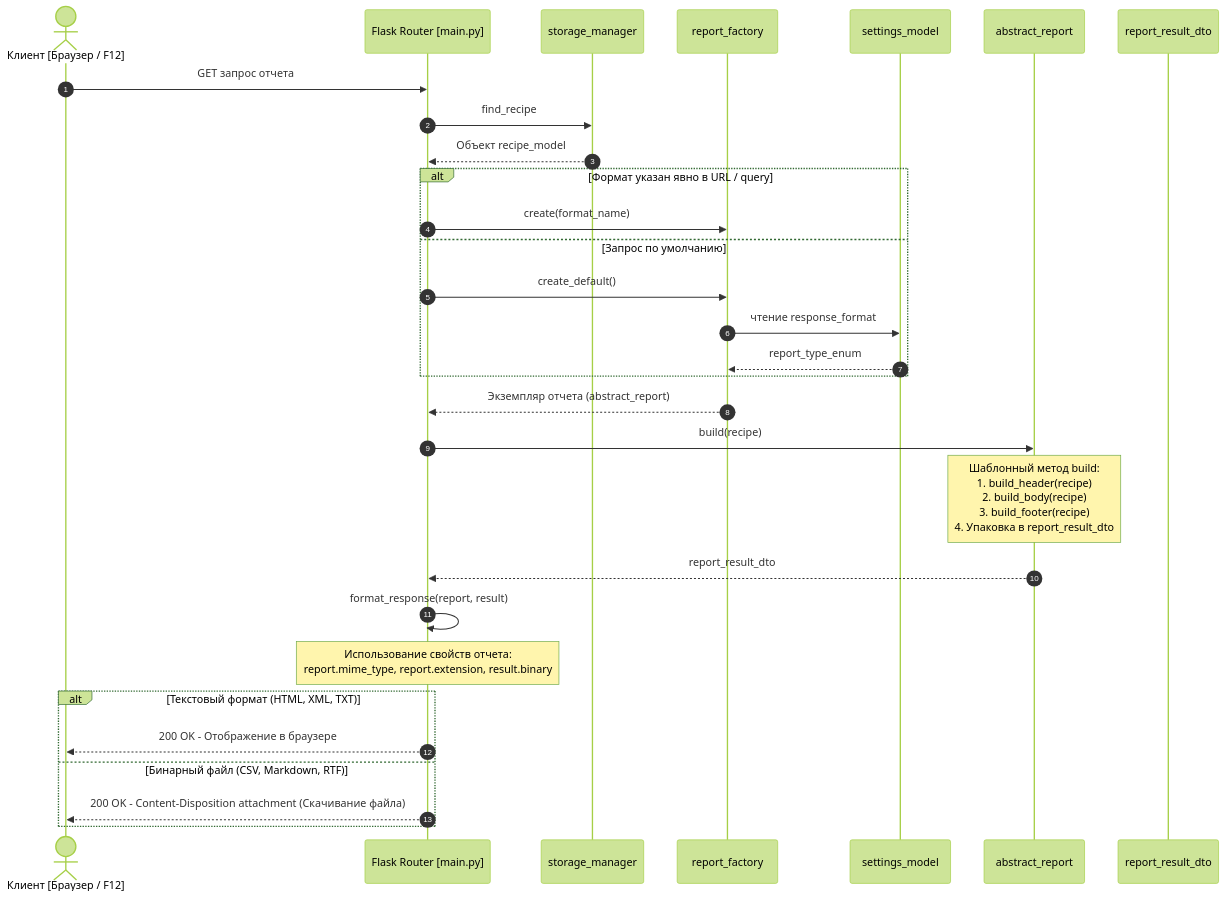
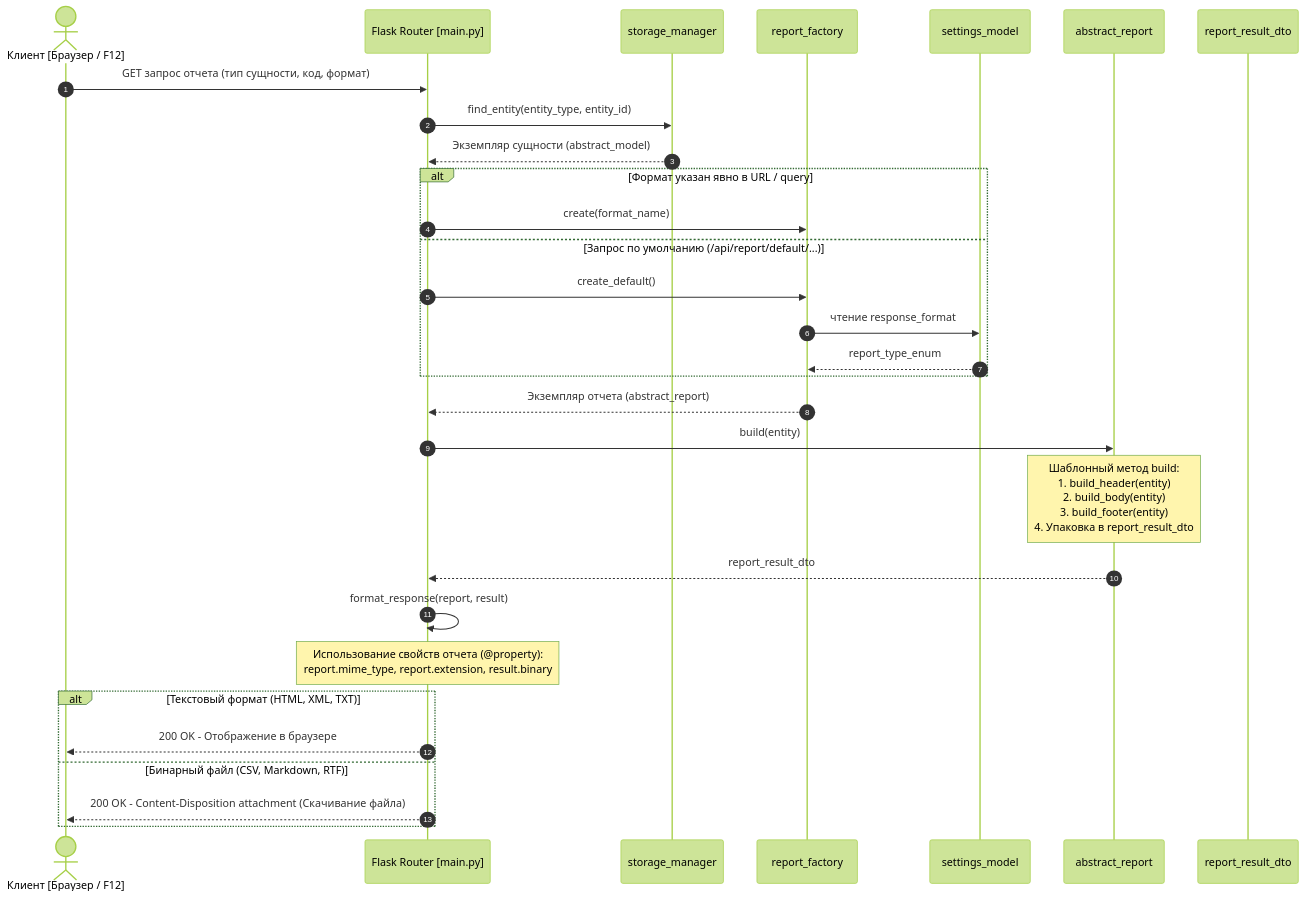
One commit to Turik06/Patterns_Suleymanov changed the second of 2 diagrams in Docs/ReportFactory.md. Above: the diagram before and after it, drawn with Mermaid (forest theme). The commit also changed other lines of this file and 11 other files, not shown here.

Commit message:
implement universal entity reporting, property-based report attributes, and extended API endpoints

````diff
--- a/Docs/ReportFactory.md
+++ b/Docs/ReportFactory.md
@@ -119,38 +141,38 @@
 ```mermaid
 sequenceDiagram
     autonumber
     actor User as Клиент [Браузер / F12]
     participant Flask as Flask Router [main.py]
     participant Storage as storage_manager
     participant Factory as report_factory
     participant Settings as settings_model
     participant Report as abstract_report
     participant Result as report_result_dto
 
-    User->>Flask: GET запрос отчета
-    Flask->>Storage: find_recipe
-    Storage-->>Flask: Объект recipe_model
+    User->>Flask: GET запрос отчета (тип сущности, код, формат)
+    Flask->>Storage: find_entity(entity_type, entity_id)
+    Storage-->>Flask: Экземпляр сущности (abstract_model)
 
     alt Формат указан явно в URL / query
         Flask->>Factory: create(format_name)
-    else Запрос по умолчанию
+    else Запрос по умолчанию (/api/report/default/...)
         Flask->>Factory: create_default()
         Factory->>Settings: чтение response_format
         Settings-->>Factory: report_type_enum
     end
 
     Factory-->>Flask: Экземпляр отчета (abstract_report)
 
-    Flask->>Report: build(recipe)
-    Note over Report: Шаблонный метод build:<br/>1. build_header(recipe)<br/>2. build_body(recipe)<br/>3. build_footer(recipe)<br/>4. Упаковка в report_result_dto
+    Flask->>Report: build(entity)
+    Note over Report: Шаблонный метод build:<br/>1. build_header(entity)<br/>2. build_body(entity)<br/>3. build_footer(entity)<br/>4. Упаковка в report_result_dto
     Report-->>Flask: report_result_dto
 
     Flask->>Flask: format_response(report, result)
-    Note over Flask: Использование свойств отчета:<br/>report.mime_type, report.extension, result.binary
+    Note over Flask: Использование свойств отчета (@property):<br/>report.mime_type, report.extension, result.binary
 
     alt Текстовый формат (HTML, XML, TXT)
         Flask-->>User: 200 OK - Отображение в браузере
     else Бинарный файл (CSV, Markdown, RTF)
         Flask-->>User: 200 OK - Content-Disposition attachment (Скачивание файла)
     end
 ```
````
